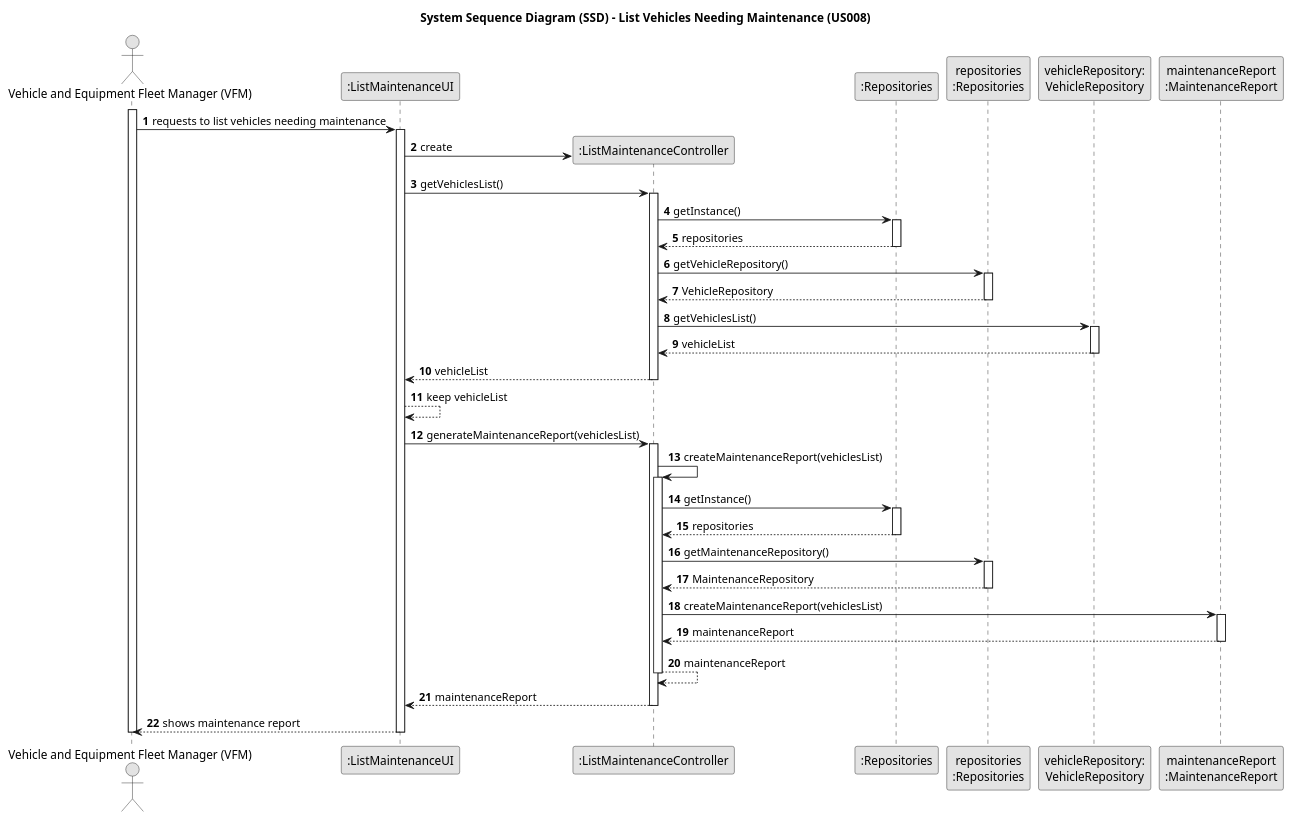
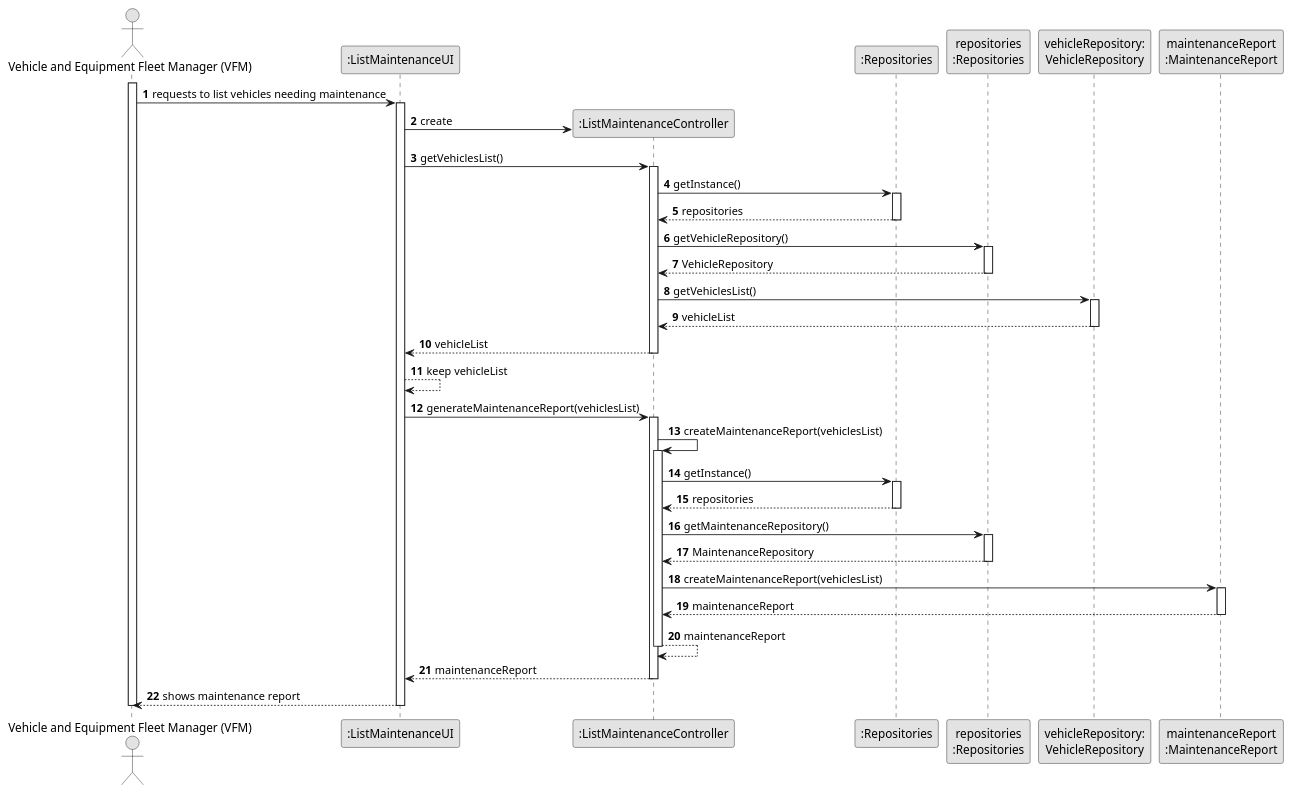
The diagram in docs/sprintB/us008/03.design/puml/us008-sequence-diagram-full.puml (ricardomm7/leaflink), drawn with PlantUML before and after one commit. The commit also changed 16 other files, not shown here.

```diff
--- a/docs/sprintB/us008/03.design/puml/us008-sequence-diagram-full.puml
+++ b/docs/sprintB/us008/03.design/puml/us008-sequence-diagram-full.puml
@@ -1,87 +1,85 @@
 @startuml
 skinparam monochrome true
 skinparam packageStyle rectangle
 skinparam shadowing false
-
-title System Sequence Diagram (SSD) - List Vehicles Needing Maintenance (US008)
 
 autonumber
 
 'hide footbox
 actor "Vehicle and Equipment Fleet Manager (VFM)" as VFM
 participant ":ListMaintenanceUI" as UI
 participant ":ListMaintenanceController" as CTRL
 participant ":Repositories" as RepositorySingleton
 participant "repositories\n:Repositories" as PLAT
 participant "vehicleRepository:\nVehicleRepository" as VehicleRepository
 participant "maintenanceReport\n:MaintenanceReport" as MaintenanceReport
 
 activate VFM
 
     VFM -> UI : requests to list vehicles needing maintenance
     activate UI
 
         UI -> CTRL** : create
 
         UI -> CTRL : getVehiclesList()
         activate CTRL
 
             CTRL -> RepositorySingleton : getInstance()
             activate RepositorySingleton
 
                 RepositorySingleton --> CTRL: repositories
             deactivate RepositorySingleton
 
             CTRL -> PLAT : getVehicleRepository()
             activate PLAT
 
                 PLAT --> CTRL: VehicleRepository
             deactivate PLAT
 
             CTRL -> VehicleRepository : getVehiclesList()
             activate VehicleRepository
 
                 VehicleRepository --> CTRL : vehicleList
             deactivate VehicleRepository
 
             CTRL --> UI : vehicleList
         deactivate CTRL
 
         UI --> UI : keep vehicleList
 
         UI -> CTRL : generateMaintenanceReport(vehiclesList)
         activate CTRL
 
             CTRL -> CTRL : createMaintenanceReport(vehiclesList)
             activate CTRL
 
                 CTRL -> RepositorySingleton : getInstance()
                 activate RepositorySingleton
 
                     RepositorySingleton --> CTRL: repositories
                 deactivate RepositorySingleton
 
                 CTRL -> PLAT : getMaintenanceRepository()
                 activate PLAT
 
                     PLAT --> CTRL: MaintenanceRepository
                 deactivate PLAT
 
                 CTRL -> MaintenanceReport : createMaintenanceReport(vehiclesList)
                 activate MaintenanceReport
 
                     MaintenanceReport --> CTRL : maintenanceReport
                 deactivate MaintenanceReport
 
                     CTRL --> CTRL : maintenanceReport
                 deactivate CTRL
 
             CTRL --> UI : maintenanceReport
         deactivate CTRL
 
         UI --> VFM : shows maintenance report
     deactivate UI
 
 deactivate VFM
 
 @enduml
```
